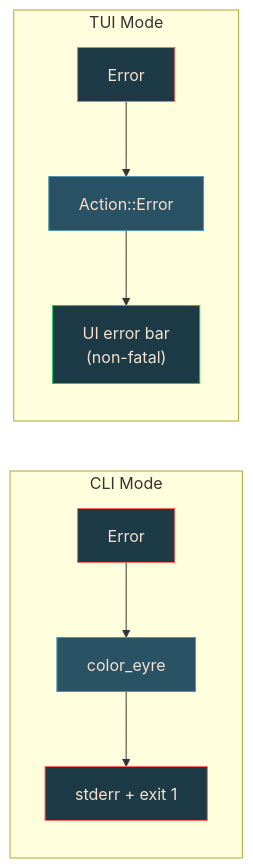
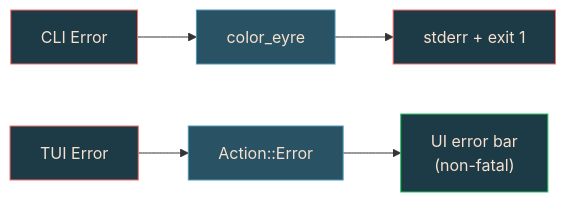
The third of 4 diagrams in design-docs/02-architecture.md (Tatch-AI/tempurview), drawn with Mermaid before and after one commit. The commit also changed other lines of this file and 4 other files, not shown here.

```diff
--- a/design-docs/02-architecture.md
+++ b/design-docs/02-architecture.md
@@ -245,17 +246,11 @@
 <div class="mermaid">
 graph LR
-    subgraph CLI Mode
-        A1["Error"] --> B1["color_eyre"]
-        B1 --> C1["stderr + exit 1"]
-    end
-    subgraph TUI Mode
-        A2["Error"] --> B2["Action::Error"]
-        B2 --> C2["UI error bar\n(non-fatal)"]
-    end
+    A1["CLI Error"] --> B1["color_eyre"] --> C1["stderr + exit 1"]
+    A2["TUI Error"] --> B2["Action::Error"] --> C2["UI error bar<br>(non-fatal)"]
     style A1 fill:#1d3a47,stroke:#ff6d63,color:#f6e1ce
     style B1 fill:#295264,stroke:#5097b7,color:#f6e1ce
     style C1 fill:#1d3a47,stroke:#ff6d63,color:#f6e1ce
     style A2 fill:#1d3a47,stroke:#ff6d63,color:#f6e1ce
     style B2 fill:#295264,stroke:#5097b7,color:#f6e1ce
     style C2 fill:#1d3a47,stroke:#22c55e,color:#f6e1ce
 </div>
```
